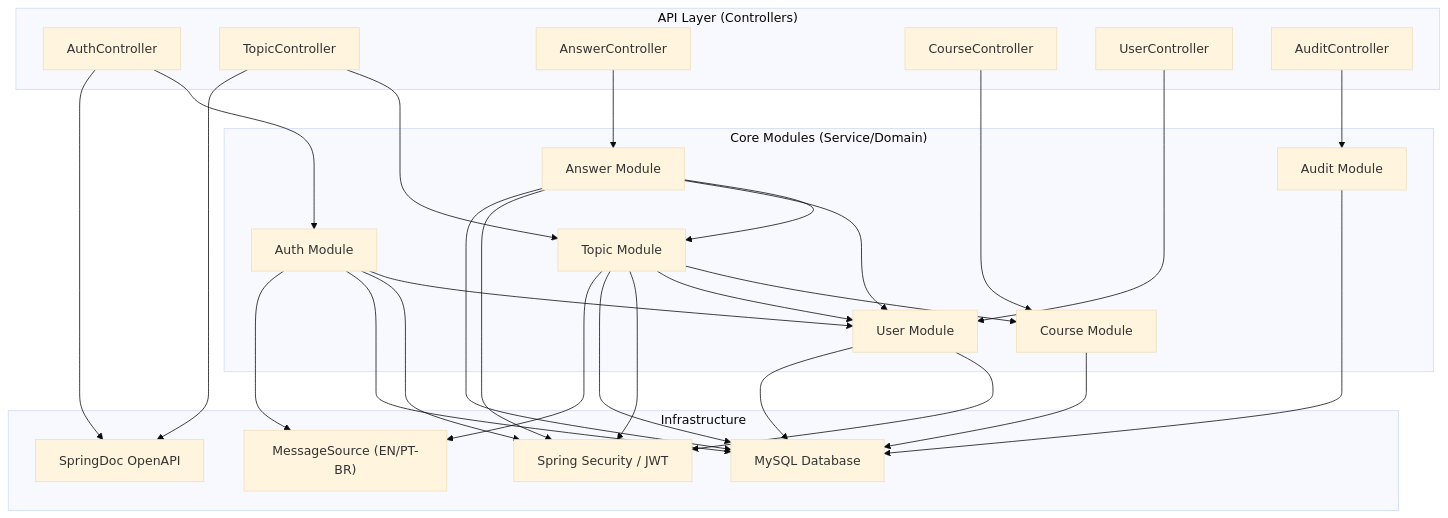
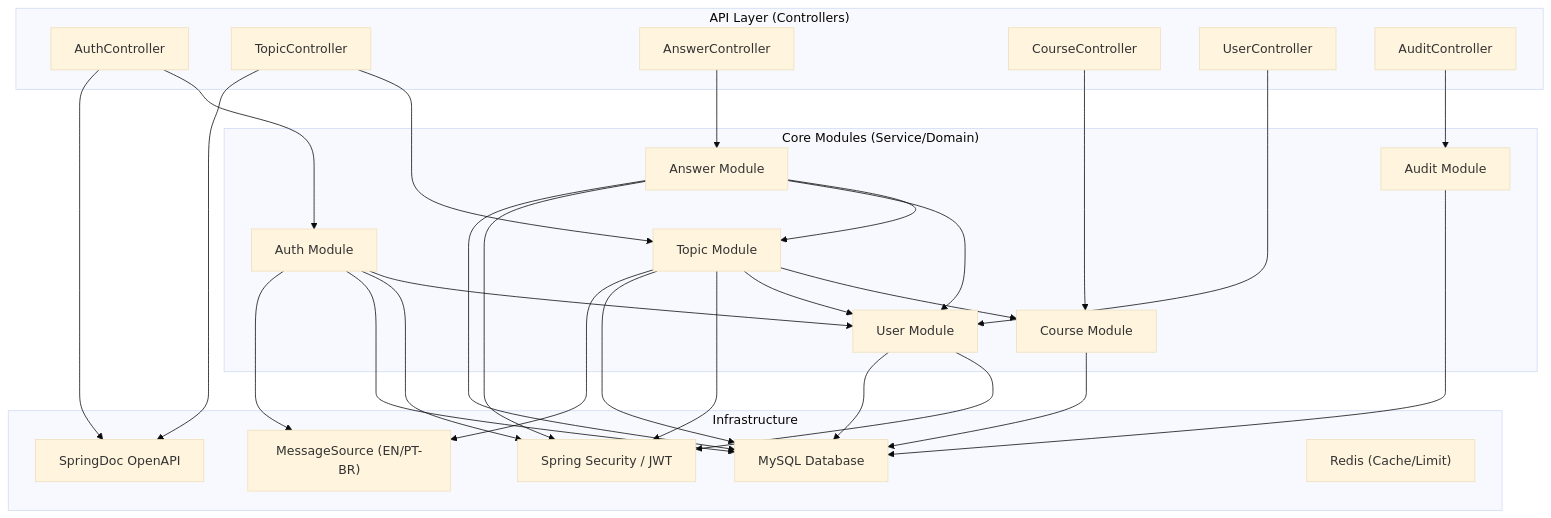
The second of 3 diagrams in docs/en/02-architecture.md (DessimA/forum-hub), drawn with Mermaid (base theme) before and after one commit. The commit also changed other lines of this file and 23 other files, not shown here.

First line of the commit message:
feat(infra): add Redis cache and Rate Limiting

````diff
--- a/docs/en/02-architecture.md
+++ b/docs/en/02-architecture.md
@@ -41,58 +41,59 @@
 ```mermaid
 graph TD
     subgraph "API Layer (Controllers)"
         AuthController
         TopicController
         AnswerController
         CourseController
         UserController
         AuditController
     end
 
     subgraph "Core Modules (Service/Domain)"
         Auth[Auth Module]
         Topic[Topic Module]
         Answer[Answer Module]
         Course[Course Module]
         User[User Module]
         Audit[Audit Module]
     end
 
     subgraph "Infrastructure"
         Security["Spring Security / JWT"]
         Docs["SpringDoc OpenAPI"]
         I18n["MessageSource (EN/PT-BR)"]
         DB["MySQL Database"]
+        Redis["Redis (Cache/Limit)"]
     end
 
     AuthController --> Auth
     TopicController --> Topic
     AnswerController --> Answer
     CourseController --> Course
     UserController --> User
     AuditController --> Audit
 
     Auth --> User
     Topic --> Course
     Topic --> User
     Answer --> Topic
     Answer --> User
     
     Auth --> Security
     Topic --> Security
     Answer --> Security
     User --> Security
     
     Auth --> DB
     Topic --> DB
     Answer --> DB
     Course --> DB
     User --> DB
     Audit --> DB
 
     Auth --> I18n
     Topic --> I18n
     
     AuthController --> Docs
     TopicController --> Docs
 ```
````
